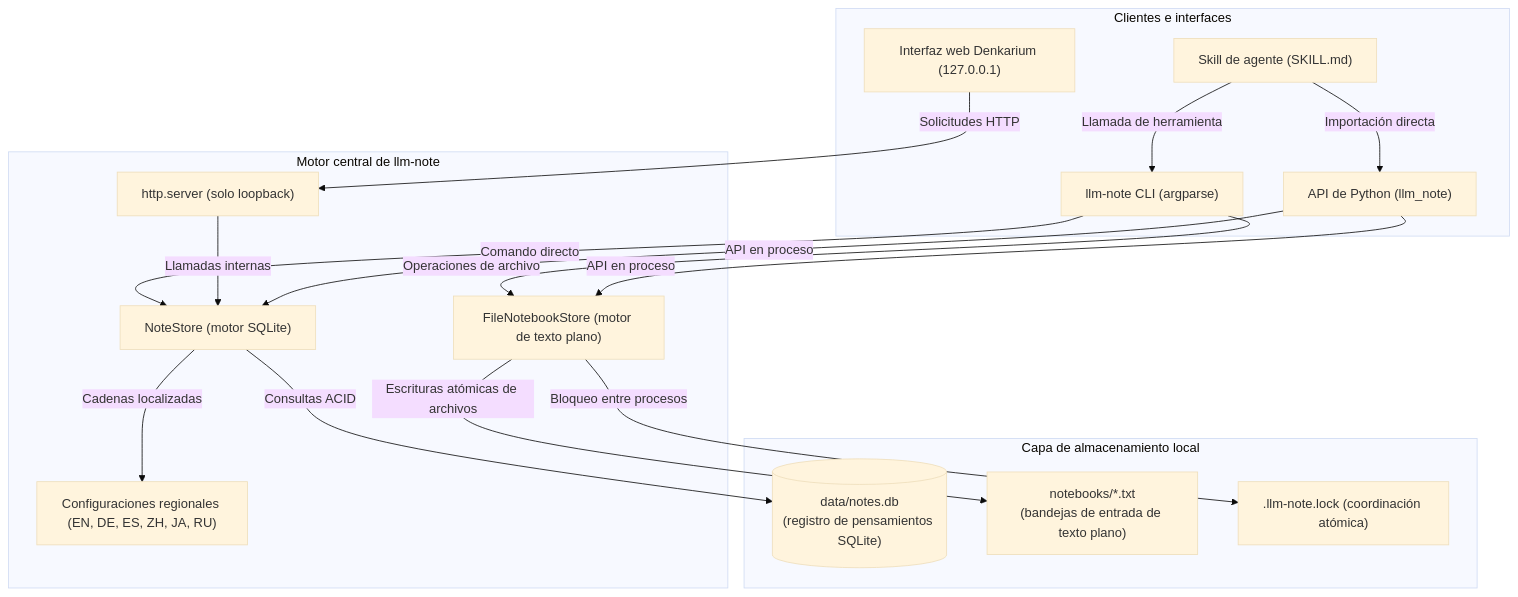
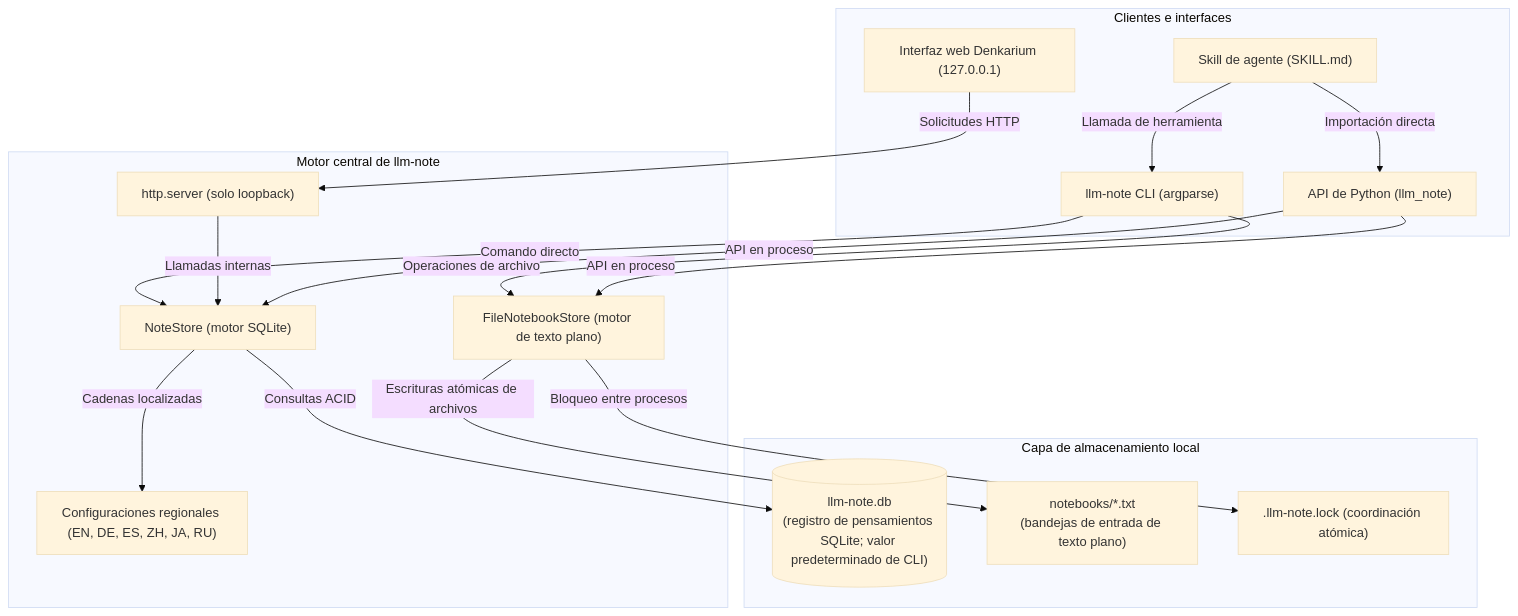
Before and after one commit to doc-bricks/llm-note: the first of 2 diagrams in README_es.md, drawn with Mermaid (base theme). The commit also changed other lines of this file and 14 other files, not shown here.

````diff
--- a/README_es.md
+++ b/README_es.md
@@ -98,36 +93,36 @@
 ```mermaid
 graph TD
     subgraph Clients["Clientes e interfaces"]
         CLI["llm-note CLI (argparse)"]
         GUI["Interfaz web Denkarium (127.0.0.1)"]
         PyAPI["API de Python (llm_note)"]
         Skill["Skill de agente (SKILL.md)"]
     end
 
     subgraph CoreEngine["Motor central de llm-note"]
         NoteStore["NoteStore (motor SQLite)"]
         FileStore["FileNotebookStore (motor de texto plano)"]
         HTTP["http.server (solo loopback)"]
         I18N["Configuraciones regionales (EN, DE, ES, ZH, JA, RU)"]
     end
 
     subgraph LocalStorage["Capa de almacenamiento local"]
-        DB[("data/notes.db<br/>(registro de pensamientos SQLite)")]
+        DB[("llm-note.db<br/>(registro de pensamientos SQLite; valor predeterminado de CLI)")]
         Notebooks["notebooks/*.txt<br/>(bandejas de entrada de texto plano)"]
         LockFile[".llm-note.lock (coordinación atómica)"]
     end
 
     CLI -->|"Comando directo"| NoteStore
     CLI -->|"Operaciones de archivo"| FileStore
     GUI -->|"Solicitudes HTTP"| HTTP
     HTTP -->|"Llamadas internas"| NoteStore
     PyAPI -->|"API en proceso"| NoteStore
     PyAPI -->|"API en proceso"| FileStore
     Skill -->|"Llamada de herramienta"| CLI
     Skill -->|"Importación directa"| PyAPI
 
     NoteStore -->|"Consultas ACID"| DB
     NoteStore -->|"Cadenas localizadas"| I18N
     FileStore -->|"Escrituras atómicas de archivos"| Notebooks
     FileStore -->|"Bloqueo entre procesos"| LockFile
 ```
````
